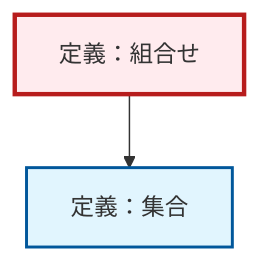
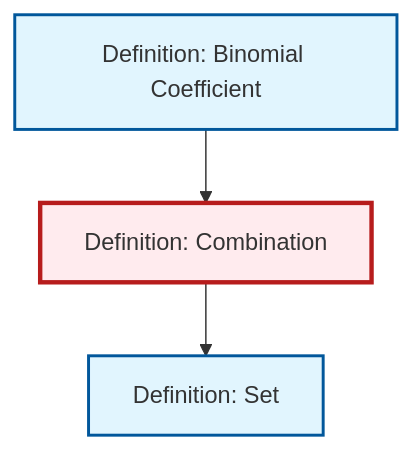
Before and after one commit to RK0429/ModernMath: the diagram in content/ja/combinatorics/def-combination.qmd, drawn with Mermaid. The commit also changed 203 other files, not shown here.

````diff
--- a/content/ja/combinatorics/def-combination.qmd
+++ b/content/ja/combinatorics/def-combination.qmd
@@ -53,15 +53,15 @@
 ```{mermaid}
-%%| fig-cap: "ローカル依存グラフ"
+%%| fig-cap: "Local dependency graph"
 graph TD
     classDef definition fill:#e1f5fe,stroke:#01579b,stroke-width:2px
     classDef theorem fill:#f3e5f5,stroke:#4a148c,stroke-width:2px
     classDef axiom fill:#fff3e0,stroke:#e65100,stroke-width:2px
     classDef example fill:#e8f5e9,stroke:#1b5e20,stroke-width:2px
     classDef current fill:#ffebee,stroke:#b71c1c,stroke-width:3px
-    def-combination["定義：組合せ"]:::definition
-    def-set["定義：集合"]:::definition
+    def-set["Definition: Set"]:::definition
+    def-binomial-coefficient["Definition: Binomial Coefficient"]:::definition
+    def-combination["Definition: Combination"]:::definition
+    def-binomial-coefficient --> def-combination
     def-combination --> def-set
     class def-combination current
-
-    click def-set "def-set.html" "Go to 定義：集合"
 ```
````
